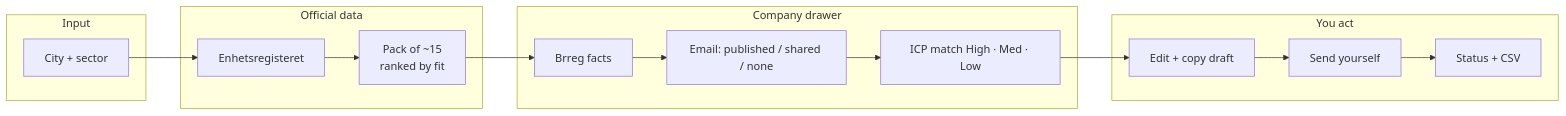
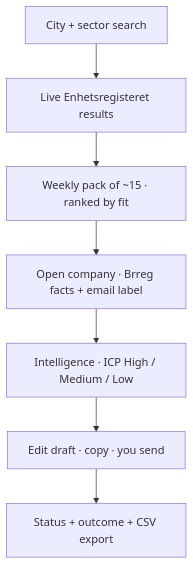
Before and after one commit to usmanb21/Leadflow-AI: the diagram in README.md, drawn with Mermaid.

````diff
--- a/README.md
+++ b/README.md
@@ -10,25 +10,9 @@
 ```mermaid
-flowchart LR
-  subgraph In["Input"]
-    A[City + sector]
-  end
-
-  subgraph Data["Official data"]
-    B[Enhetsregisteret]
-    C[Pack of ~15<br/>ranked by fit]
-  end
-
-  subgraph Review["Company drawer"]
-    D[Brreg facts]
-    E[Email: published / shared / none]
-    F[ICP match High · Med · Low]
-  end
-
-  subgraph Out["You act"]
-    G[Edit + copy draft]
-    H[Send yourself]
-    I[Status + CSV]
-  end
-
-  A --> B --> C --> D --> E --> F --> G --> H --> I
+flowchart TB
+  A[City + sector search] --> B[Live Enhetsregisteret results]
+  B --> C[Weekly pack of ~15 · ranked by fit]
+  C --> D[Open company · Brreg facts + email label]
+  D --> E[Intelligence · ICP High / Medium / Low]
+  E --> F[Edit draft · copy · you send]
+  F --> G[Status + outcome + CSV export]
 ```
````
